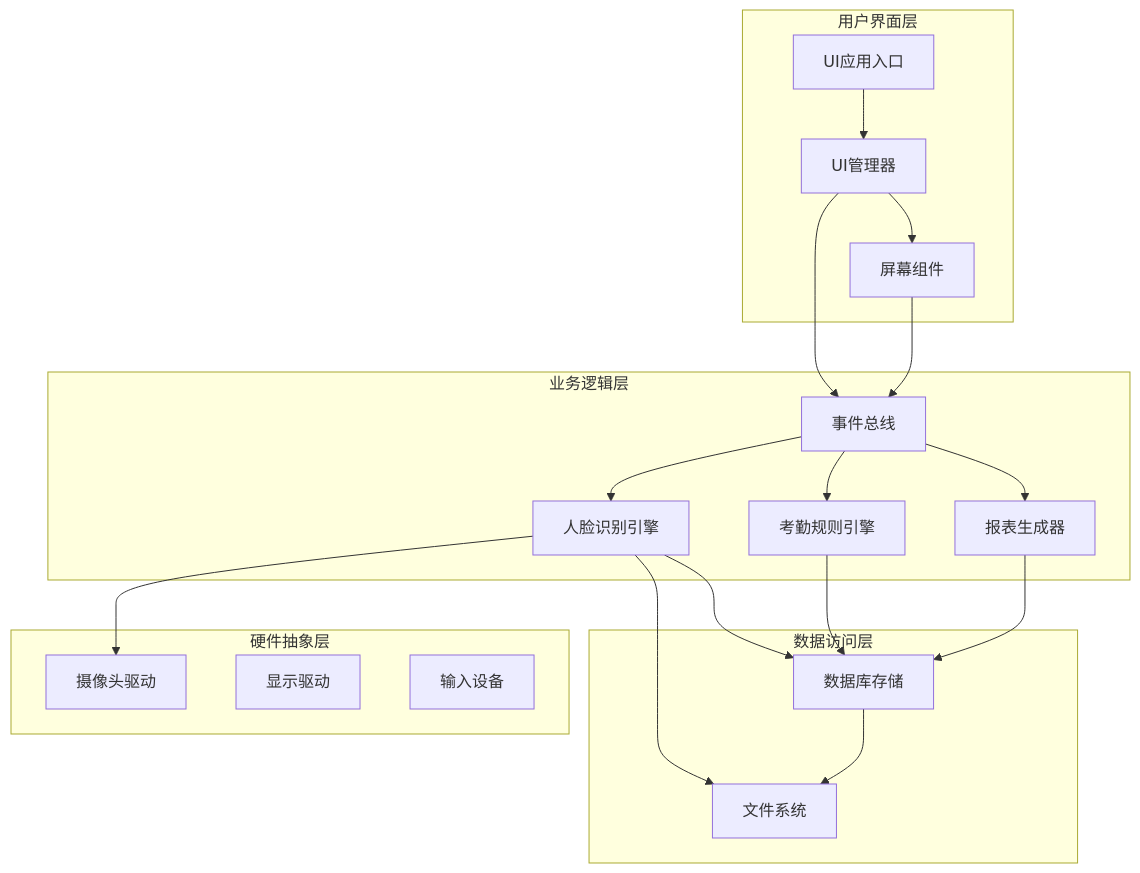
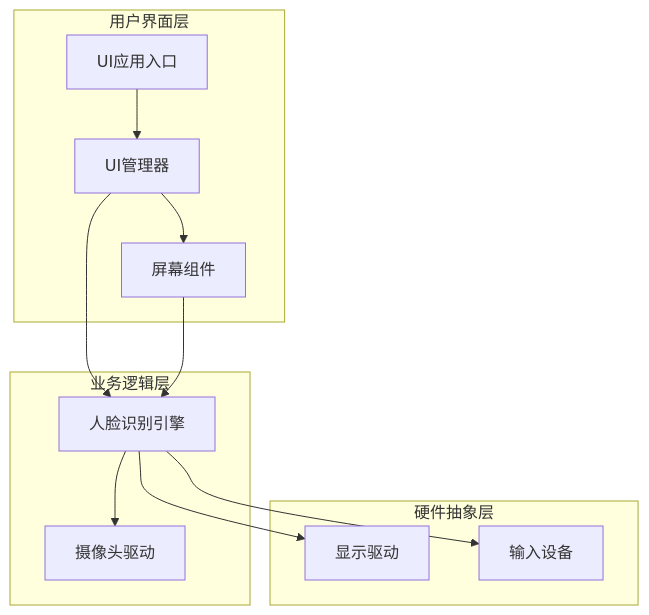
Before and after one commit to Drunk552/SmartAttendance: the third of 6 diagrams in .qoder/repowiki/zh/content/系统架构设计/系统架构设计.md, drawn with Mermaid. The commit also changed other lines of this file and 26 other files, not shown here.

````diff
--- a/.qoder/repowiki/zh/content/系统架构设计/系统架构设计.md
+++ b/.qoder/repowiki/zh/content/系统架构设计/系统架构设计.md
@@ -136,36 +122,23 @@
 ```mermaid
 graph TB
 subgraph "用户界面层"
 UIApp[UI应用入口]
 UIManager[UI管理器]
 Screens[屏幕组件]
 end
 subgraph "业务逻辑层"
-EventBus[事件总线]
 FaceDemo[人脸识别引擎]
-AttendanceRule[考勤规则引擎]
-ReportGen[报表生成器]
-end
-subgraph "数据访问层"
-DBStorage[数据库存储]
-FileSystem[文件系统]
+Camera[摄像头驱动]
 end
 subgraph "硬件抽象层"
-Camera[摄像头驱动]
 Display[显示驱动]
 Input[输入设备]
 end
 UIApp --> UIManager
 UIManager --> Screens
-UIManager --> EventBus
-Screens --> EventBus
-EventBus --> FaceDemo
-EventBus --> AttendanceRule
-EventBus --> ReportGen
-FaceDemo --> DBStorage
-FaceDemo --> FileSystem
+UIManager --> FaceDemo
+Screens --> FaceDemo
 FaceDemo --> Camera
-AttendanceRule --> DBStorage
-ReportGen --> DBStorage
-DBStorage --> FileSystem
+FaceDemo --> Display
+FaceDemo --> Input
 ```
````
